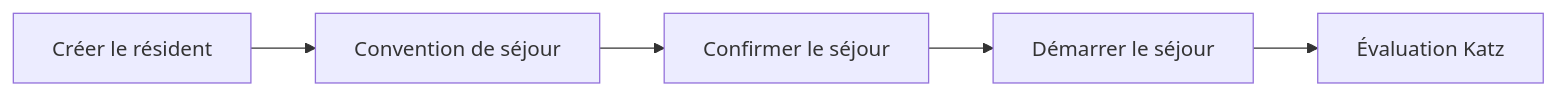
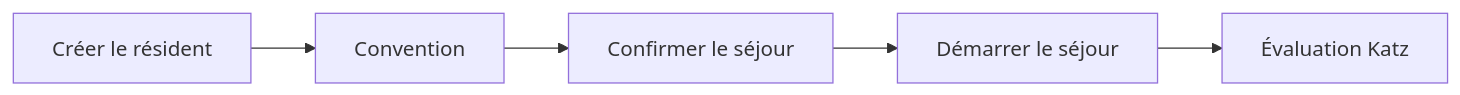
The diagram in docs/fr/residents/gerer-un-resident.md (lplg-europe/resthome-documentation), drawn with Mermaid before and after one commit. The commit also changed other lines of this file and 32 other files, not shown here.

````diff
--- a/docs/fr/residents/gerer-un-resident.md
+++ b/docs/fr/residents/gerer-un-resident.md
@@ -14,7 +14,7 @@
 ```mermaid
 graph LR
-  A[Créer le résident] --> B[Convention de séjour]
+  A[Créer le résident] --> B[Convention]
   B --> C[Confirmer le séjour]
   C --> D[Démarrer le séjour]
   D --> E[Évaluation Katz]
 ```
````
